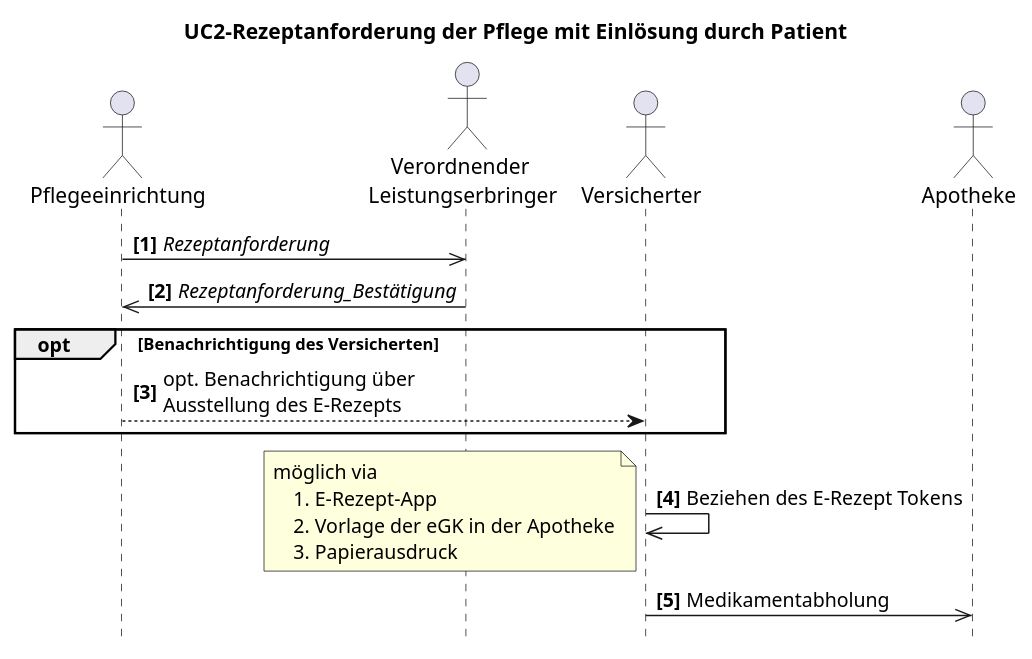
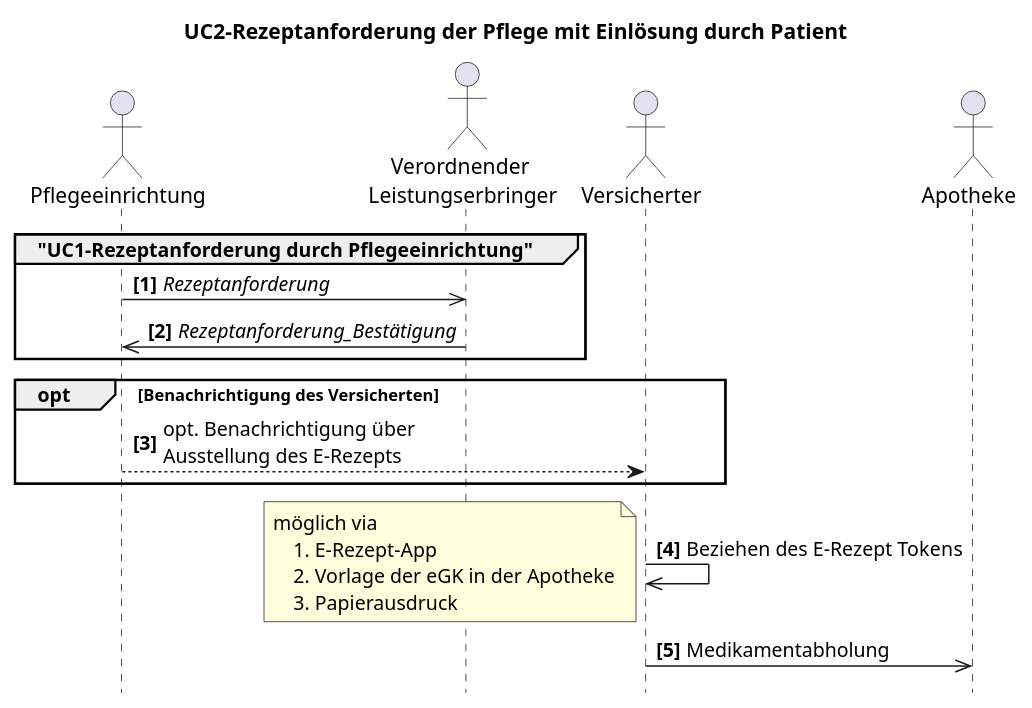
One commit to gematik/spec-E-Rezept-ServiceRequest changed the diagram in Resources/puml/gemF_eRp_KIM/UC2-rezeptanforderung-pflege-versicherteninvolvierung.puml. Above: the diagram before and after it, drawn with PlantUML.

Commit message:
Edit UC2

```diff
--- a/Resources/puml/gemF_eRp_KIM/UC2-rezeptanforderung-pflege-versicherteninvolvierung.puml
+++ b/Resources/puml/gemF_eRp_KIM/UC2-rezeptanforderung-pflege-versicherteninvolvierung.puml
@@ -1,32 +1,34 @@
 @startuml name = "UC2-Rezeptanforderung-Versicherteninvolvierung"
 
 
 skinparam maxMessageSize 200
 
 actor "Pflegeeinrichtung" as Pflegeeinrichtung
 actor "Verordnender \nLeistungserbringer" as Arztpraxis
 actor Versicherter
 actor Apotheke
 
 title UC2-Rezeptanforderung der Pflege mit Einlösung durch Patient
 hide footbox
 autonumber "<b>[0]"
 
+group "UC1-Rezeptanforderung durch Pflegeeinrichtung"
 Pflegeeinrichtung ->> Arztpraxis: //Rezeptanforderung//
 Arztpraxis ->> Pflegeeinrichtung: //Rezeptanforderung_Bestätigung//
+end
 
 opt Benachrichtigung des Versicherten
     Pflegeeinrichtung --> Versicherter: opt. Benachrichtigung über Ausstellung des E-Rezepts
 end
 
 Versicherter ->> Versicherter: Beziehen des E-Rezept Tokens
 
 note left
     möglich via
         1. E-Rezept-App
         2. Vorlage der eGK in der Apotheke
         3. Papierausdruck
 end note
 
 Versicherter ->> Apotheke: Medikamentabholung
 @enduml
```
